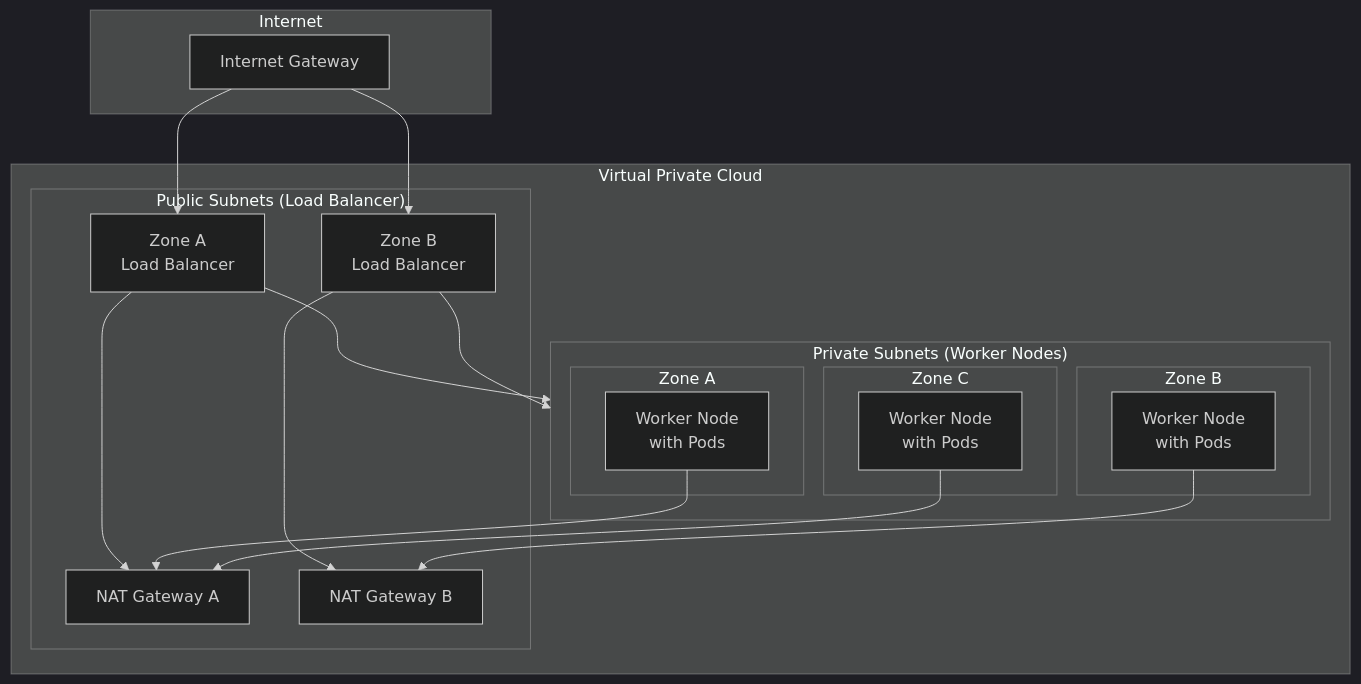
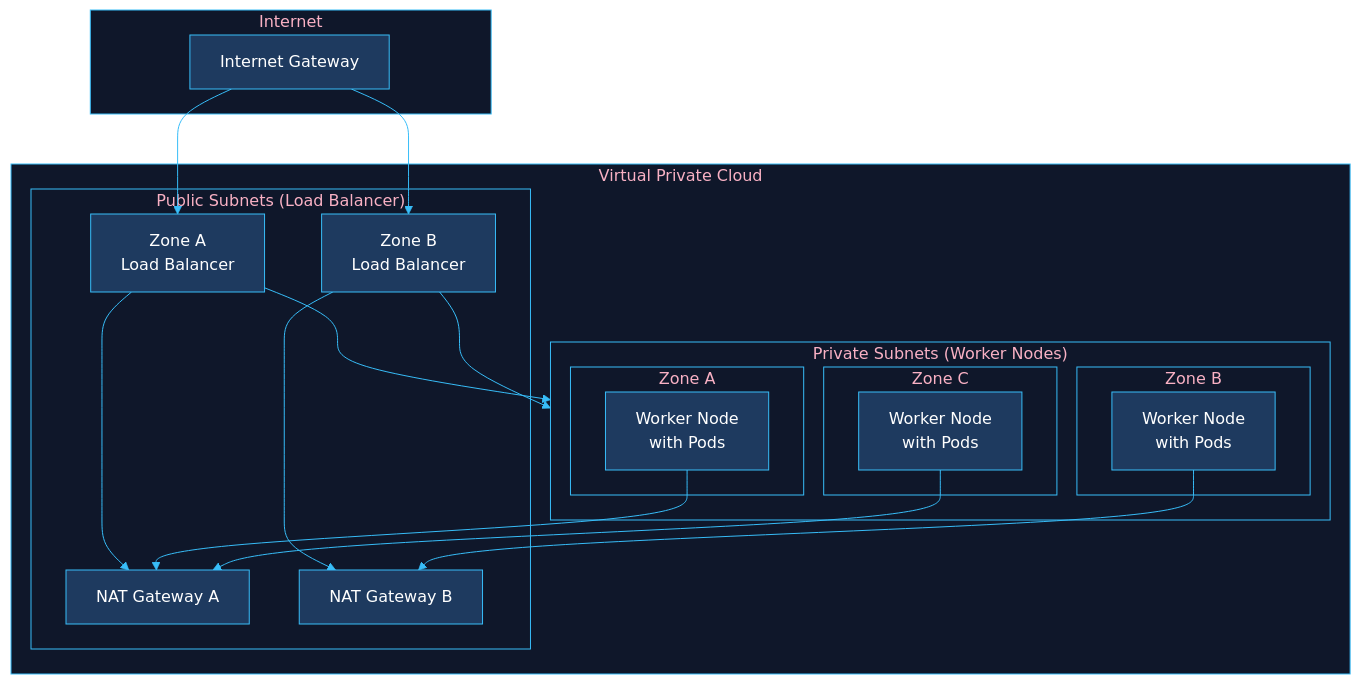
The fourth of 8 diagrams in diagrams/eks-architecture.md (aldea-ai/infrastructure-docs), drawn with Mermaid before and after one commit. The commit also changed other lines of this file and 2 other files, not shown here.

First line of the commit message:
Apply high-contrast custom theme for dark mode readability

````diff
--- a/diagrams/eks-architecture.md
+++ b/diagrams/eks-architecture.md
@@ -137,37 +137,37 @@
 ```mermaid
-%%{init: {'theme': 'dark'}}%%
+%%{init: {'theme': 'base', 'themeVariables': { 'primaryColor': '#1e3a5f', 'primaryTextColor': '#fff', 'primaryBorderColor': '#38bdf8', 'lineColor': '#38bdf8', 'secondaryColor': '#4c1d95', 'tertiaryColor': '#064e3b', 'textColor': '#fff', 'clusterBkg': '#0f172a', 'clusterBorder': '#38bdf8'}}}%%
 flowchart TB
     subgraph Internet
         IGW[Internet Gateway]
     end
 
     subgraph VPC["Virtual Private Cloud"]
         subgraph Public["Public Subnets (Load Balancer)"]
             PUB_A[Zone A<br/>Load Balancer]
             PUB_B[Zone B<br/>Load Balancer]
             NAT_A[NAT Gateway A]
             NAT_B[NAT Gateway B]
         end
 
         subgraph Private["Private Subnets (Worker Nodes)"]
             subgraph PrivA["Zone A"]
                 NODE_A[Worker Node<br/>with Pods]
             end
             subgraph PrivB["Zone B"]
                 NODE_B[Worker Node<br/>with Pods]
             end
             subgraph PrivC["Zone C"]
                 NODE_C[Worker Node<br/>with Pods]
             end
         end
     end
 
     IGW --> PUB_A & PUB_B
     PUB_A --> NAT_A
     PUB_B --> NAT_B
     NODE_A --> NAT_A
     NODE_B --> NAT_B
     NODE_C --> NAT_A
 
     PUB_A & PUB_B --> Private
 ```
````
